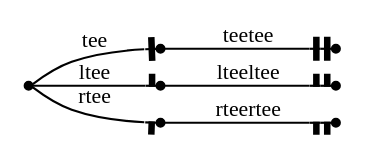
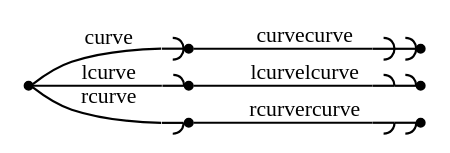
Before and after one commit to graphviz-perl/GraphViz2-Marpa-PathUtils: the diagram in out/clusters.out.08.010.gv, drawn with Graphviz. The commit also changed 56 other files, not shown here.

```diff
--- a/out/clusters.out.08.010.gv
+++ b/out/clusters.out.08.010.gv
@@ -1,13 +1,13 @@
 digraph G
 {
-	graph[ rankdir = "LR" nodesep = "0"]
-	node[ shape = "point" label = ""]
-	edge[ fontsize = "10"]
-	_tee -> tee[ arrowhead = "tee" label = "tee"]
-	tee -> teetee[ arrowhead = "teetee" label = "teetee"]
-	_tee -> ltee[ arrowhead = "ltee" label = "ltee"]
-	ltee -> lteeltee[ arrowhead = "lteeltee" label = "lteeltee"]
-	_tee -> rtee[ arrowhead = "rtee" label = "rtee"]
-	rtee -> rteertee[ arrowhead = "rteertee" label = "rteertee"]
+	graph[rankdir = "LR" nodesep = "0"]
+	node[shape = "point" label = ""]
+	edge[fontsize = "10"]
+	_curve -> curve[arrowhead = "curve" label = "curve"]
+	curve -> curvecurve[arrowhead = "curvecurve" label = "curvecurve"]
+	_curve -> lcurve[arrowhead = "lcurve" label = "lcurve"]
+	lcurve -> lcurvelcurve[arrowhead = "lcurvelcurve" label = "lcurvelcurve"]
+	_curve -> rcurve[arrowhead = "rcurve" label = "rcurve"]
+	rcurve -> rcurvercurve[arrowhead = "rcurvercurve" label = "rcurvercurve"]
 
 }
```
